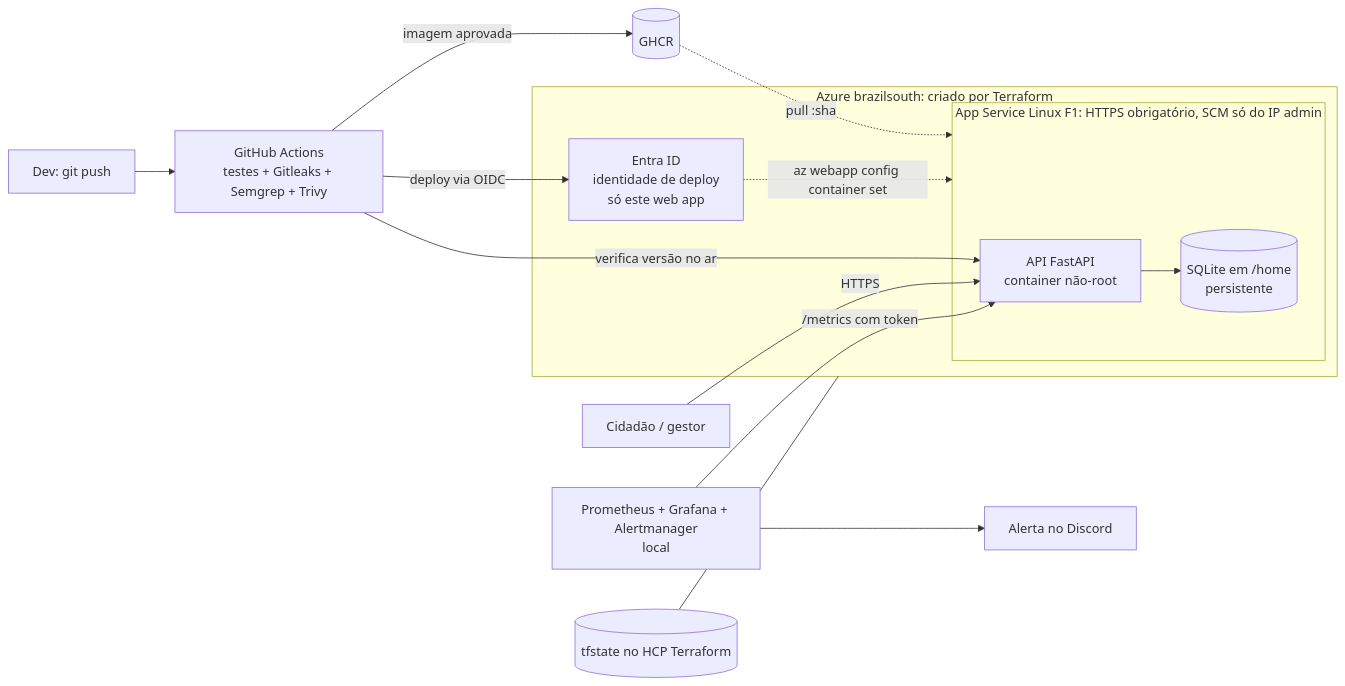
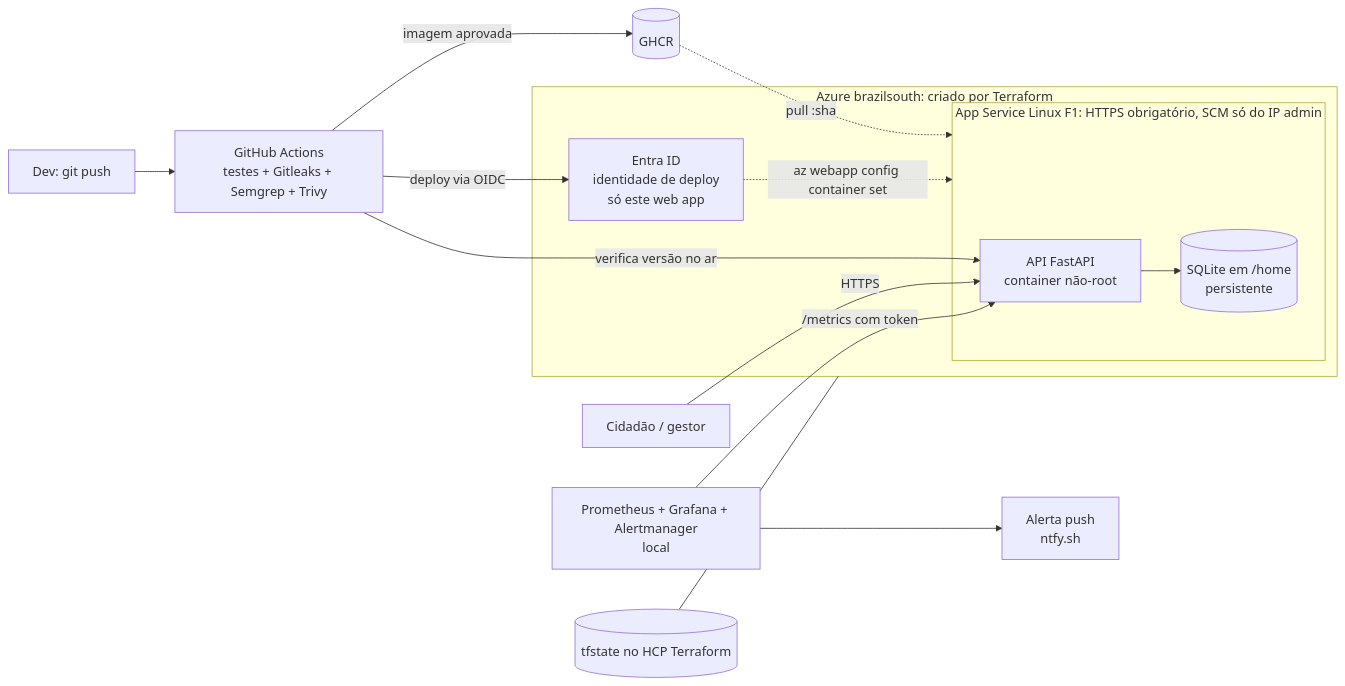
One commit to santos-nikolas/caminho-livre changed the diagram in README.md. Above: the diagram before and after it, drawn with Mermaid. The commit also changed other lines of this file and 6 other files, not shown here.

First line of the commit message:
feat(monitoring): alertas por push via ntfy.sh e teste de persistencia do SQLite

````diff
--- a/README.md
+++ b/README.md
@@ -34,18 +34,18 @@
 ```mermaid
 flowchart LR
   dev[Dev: git push] --> gh[GitHub Actions<br/>testes + Gitleaks + Semgrep + Trivy]
   gh -- imagem aprovada --> ghcr[(GHCR)]
   gh -- deploy via OIDC --> entra[Entra ID<br/>identidade de deploy<br/>só este web app]
   subgraph Azure [Azure brazilsouth: criado por Terraform]
     subgraph AS [App Service Linux F1: HTTPS obrigatório, SCM só do IP admin]
       api[API FastAPI<br/>container não-root] --> db[(SQLite em /home<br/>persistente)]
     end
     entra -. az webapp config container set .-> AS
   end
   ghcr -. pull :sha .-> AS
   cidadao[Cidadão / gestor] -- HTTPS --> api
   gh -- verifica versão no ar --> api
   prom[Prometheus + Grafana + Alertmanager<br/>local] -- /metrics com token --> api
-  prom --> discord[Alerta no Discord]
+  prom --> ntfy[Alerta push<br/>ntfy.sh]
   tf[(tfstate no HCP Terraform)] --- Azure
 ```
````
